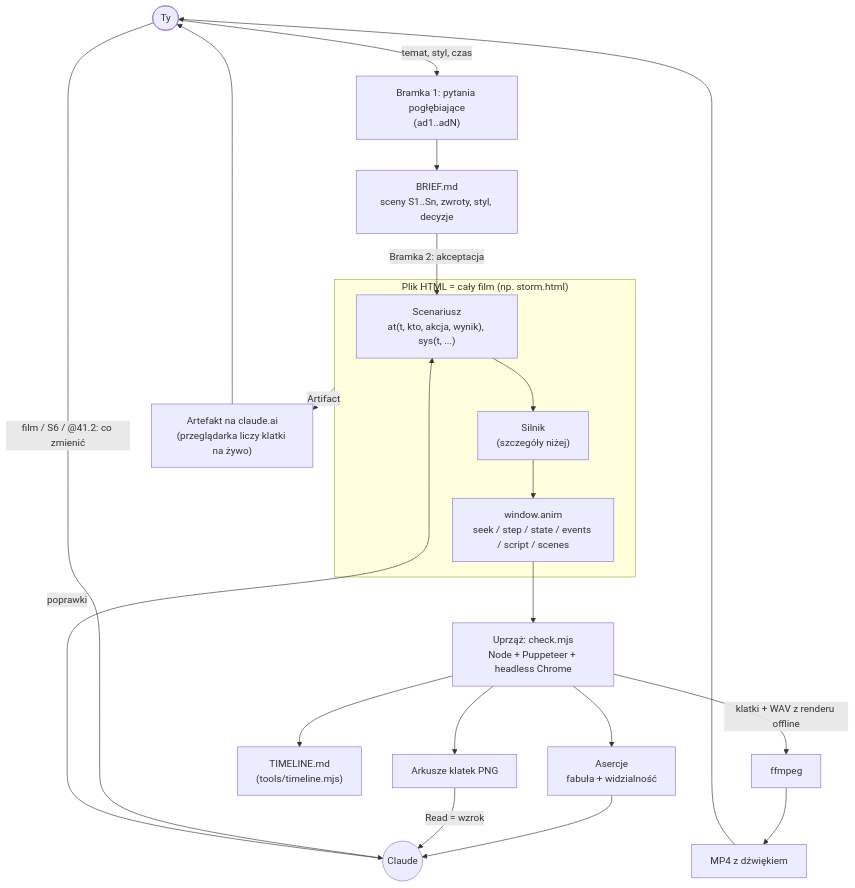
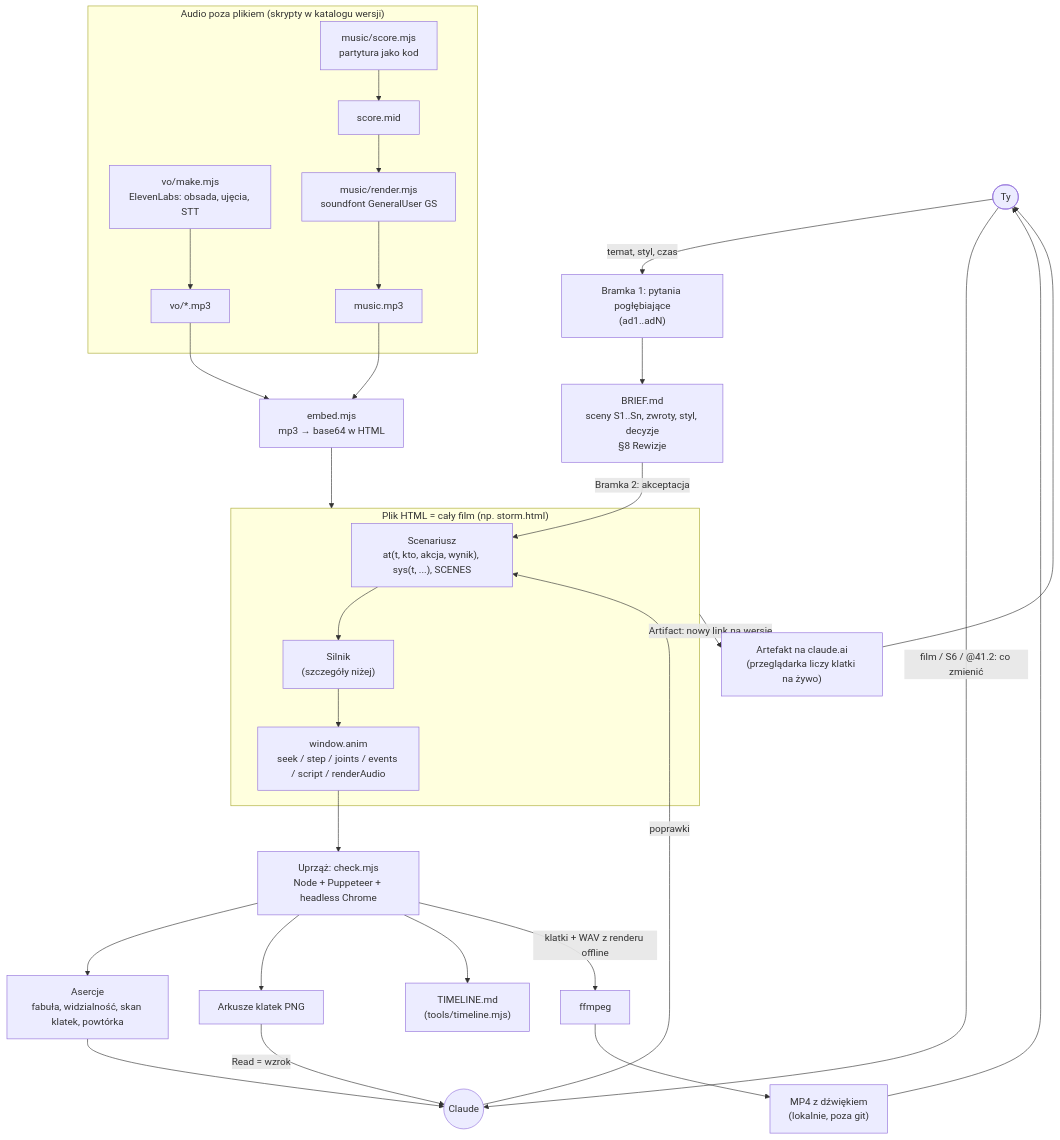
The first of 5 diagrams in docs/HOW-IT-WORKS.md (drswobodziczka/opus-having-fun-playground), drawn with Mermaid before and after one commit. The commit also changed other lines of this file and 4 other files, not shown here.

Commit message:
docs: HOW-IT-WORKS for v7 (audio pipeline, versions, replay check); options: WebGL render decision (PLAY-001), reusable kit proposal (ANIM-001)

````diff
--- a/docs/HOW-IT-WORKS.md
+++ b/docs/HOW-IT-WORKS.md
@@ -7,27 +7,35 @@
 ```mermaid
 flowchart TD
   U(["Ty"]) -->|"temat, styl, czas"| Q["Bramka 1: pytania pogłębiające<br/>(ad1..adN)"]
-  Q --> BR["BRIEF.md<br/>sceny S1..Sn, zwroty, styl, decyzje"]
+  Q --> BR["BRIEF.md<br/>sceny S1..Sn, zwroty, styl, decyzje<br/>§8 Rewizje"]
   BR -->|"Bramka 2: akceptacja"| CODE
 
+  subgraph AUD["Audio poza plikiem (skrypty w katalogu wersji)"]
+    VOS["vo/make.mjs<br/>ElevenLabs: obsada, ujęcia, STT"] --> VOF["vo/*.mp3"]
+    SCO["music/score.mjs<br/>partytura jako kod"] --> MID["score.mid"] --> REN["music/render.mjs<br/>soundfont GeneralUser GS"] --> MUS["music.mp3"]
+  end
+  VOF --> EMB["embed.mjs<br/>mp3 → base64 w HTML"]
+  MUS --> EMB
+  EMB --> FILE
+
   subgraph FILE["Plik HTML = cały film (np. storm.html)"]
-    CODE["Scenariusz<br/>at(t, kto, akcja, wynik), sys(t, ...)"]
+    CODE["Scenariusz<br/>at(t, kto, akcja, wynik), sys(t, ...), SCENES"]
     ENG["Silnik<br/>(szczegóły niżej)"]
-    API["window.anim<br/>seek / step / state / events / script / scenes"]
+    API["window.anim<br/>seek / step / joints / events / script / renderAudio"]
     CODE --> ENG --> API
   end
 
   API --> H["Uprząż: check.mjs<br/>Node + Puppeteer + headless Chrome"]
-  H --> AS["Asercje<br/>fabuła + widzialność"]
+  H --> AS["Asercje<br/>fabuła, widzialność, skan klatek, powtórka"]
   H --> SH["Arkusze klatek PNG"]
   H --> TL["TIMELINE.md<br/>(tools/timeline.mjs)"]
   AS --> C(("Claude"))
   SH -->|"Read = wzrok"| C
   C -->|"poprawki"| CODE
 
-  H -->|"klatki + WAV z renderu offline"| FF["ffmpeg"] --> MP4["MP4 z dźwiękiem"]
-  FILE -->|"Artifact"| ART["Artefakt na claude.ai<br/>(przeglądarka liczy klatki na żywo)"]
+  H -->|"klatki + WAV z renderu offline"| FF["ffmpeg"] --> MP4["MP4 z dźwiękiem<br/>(lokalnie, poza git)"]
+  FILE -->|"Artifact: nowy link na wersję"| ART["Artefakt na claude.ai<br/>(przeglądarka liczy klatki na żywo)"]
   ART --> U
   MP4 --> U
   U -->|"film / S6 / @41.2: co zmienić"| C
 ```
````
